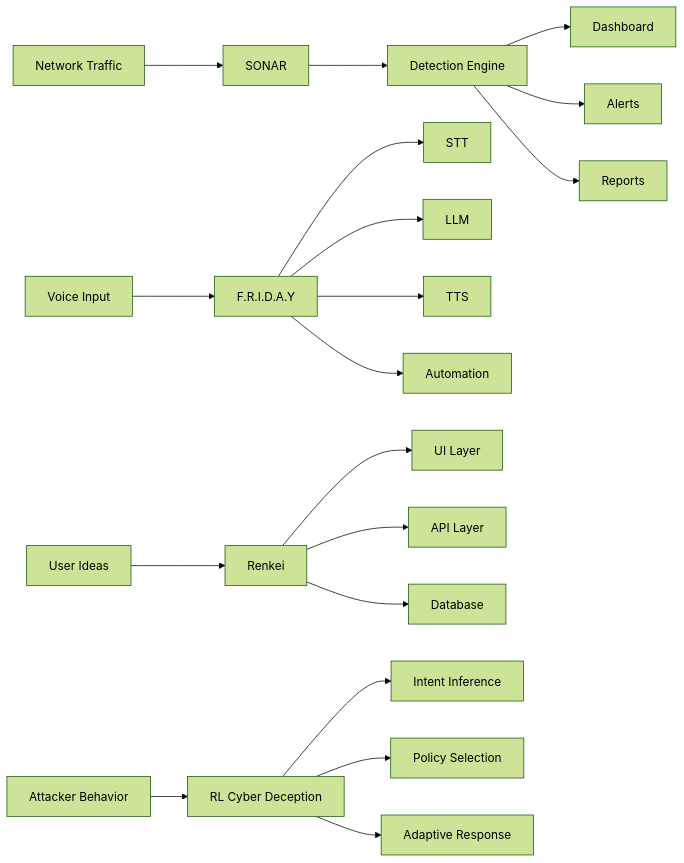
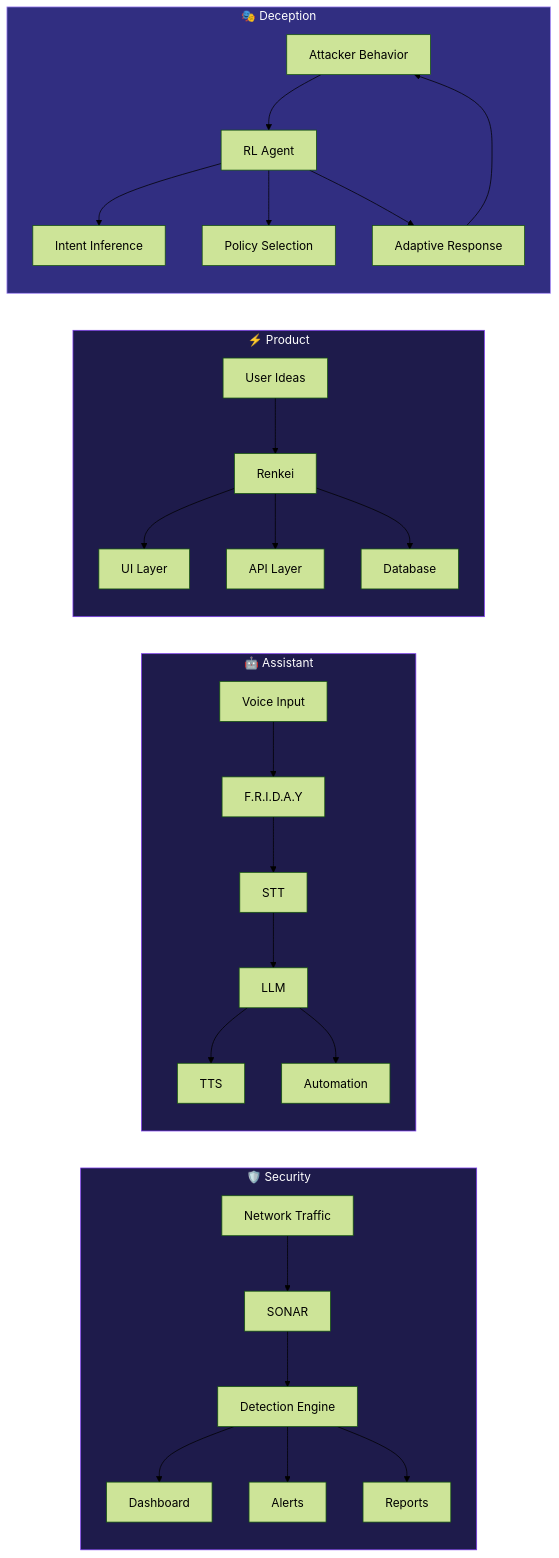
The first of 4 diagrams in README.md (aIxart-sjv/aIxart-sjv), drawn with Mermaid (forest theme) before and after one commit. The commit also changed other lines of this file, not shown here.

````diff
--- a/README.md
+++ b/README.md
@@ -262,24 +331,36 @@
 ```mermaid
 flowchart LR
-    A[Network Traffic] --> B[SONAR]
-    B --> C[Detection Engine]
-    C --> D[Dashboard]
-    C --> E[Alerts]
-    C --> F[Reports]
+    subgraph SEC["🛡️ Security"]
+        A[Network Traffic] --> B[SONAR]
+        B --> C[Detection Engine]
+        C --> D[Dashboard]
+        C --> E[Alerts]
+        C --> F[Reports]
+    end
 
-    G[Voice Input] --> H[F.R.I.D.A.Y]
-    H --> I[STT]
-    H --> J[LLM]
-    H --> K[TTS]
-    H --> L[Automation]
+    subgraph ASSIST["🤖 Assistant"]
+        G[Voice Input] --> H[F.R.I.D.A.Y]
+        H --> I[STT] --> J[LLM] --> K[TTS]
+        J --> L[Automation]
+    end
 
-    M[User Ideas] --> N[Renkei]
-    N --> O[UI Layer]
-    N --> P[API Layer]
-    N --> Q[Database]
+    subgraph PROD["⚡ Product"]
+        M[User Ideas] --> N[Renkei]
+        N --> O[UI Layer]
+        N --> P[API Layer]
+        N --> Q[Database]
+    end
 
-    R[Attacker Behavior] --> S[RL Cyber Deception]
-    S --> T[Intent Inference]
-    S --> U[Policy Selection]
-    S --> V[Adaptive Response]
+    subgraph RL["🎭 Deception"]
+        R[Attacker Behavior] --> S[RL Agent]
+        S --> T[Intent Inference]
+        S --> U[Policy Selection]
+        S --> V[Adaptive Response]
+        V --> R
+    end
+
+    style SEC fill:#1e1b4b,stroke:#7c3aed,color:#fff
+    style ASSIST fill:#1e1b4b,stroke:#7c3aed,color:#fff
+    style PROD fill:#1e1b4b,stroke:#7c3aed,color:#fff
+    style RL fill:#312e81,stroke:#a78bfa,color:#fff
 ```
````
